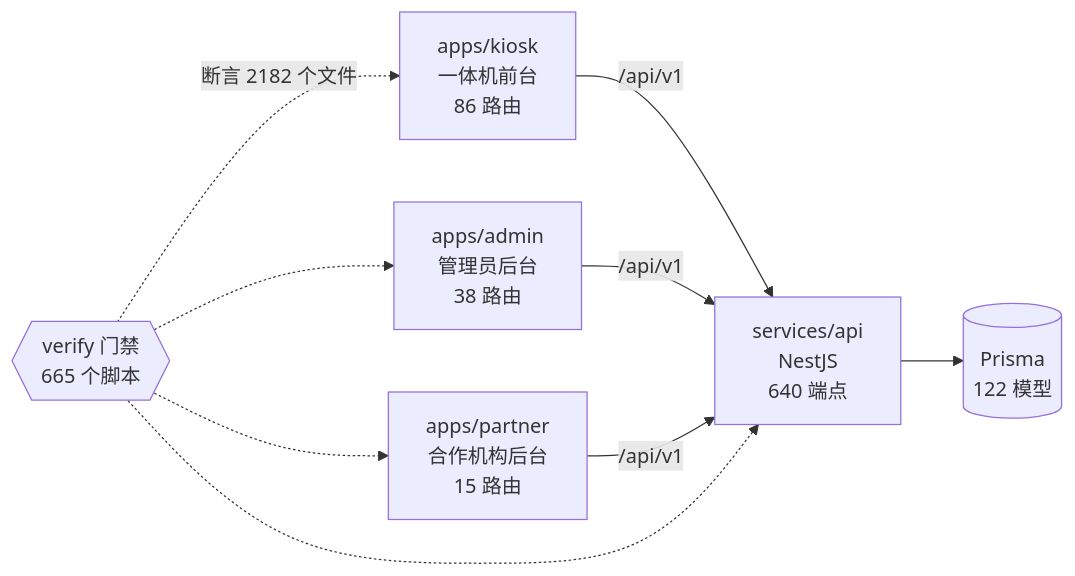
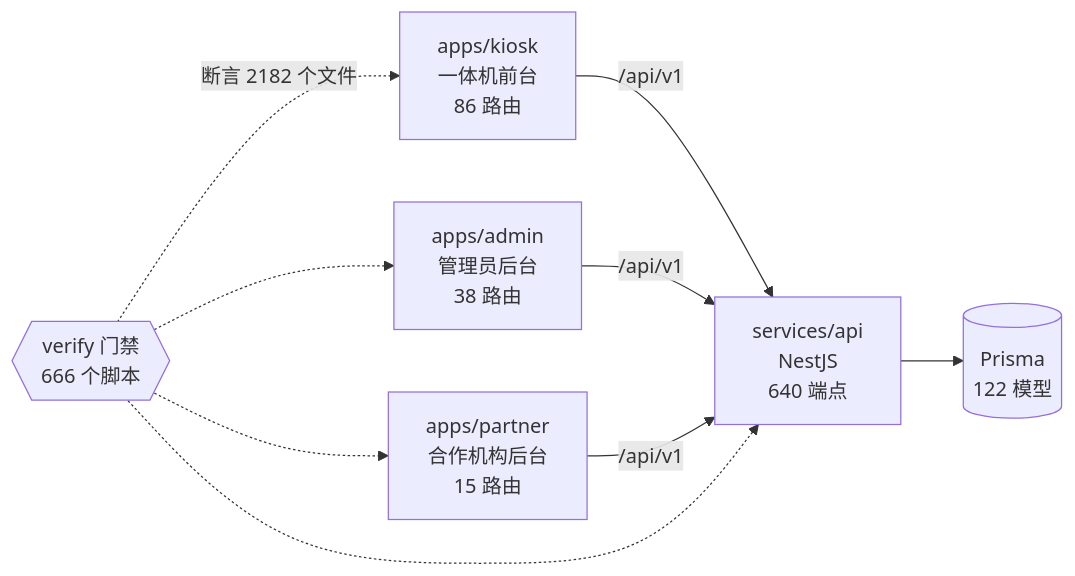
Before and after one commit to wanglei581/YITIJI: the diagram in docs/graph/README.md, drawn with Mermaid. The commit also changed other lines of this file and 2 other files, not shown here.

Commit message:
chore(graph)：登记打印可靠性走真实 HTTP 的用例后重生图谱

````diff
--- a/docs/graph/README.md
+++ b/docs/graph/README.md
@@ -68,18 +68,18 @@
 ```mermaid
 flowchart LR
   kiosk["apps/kiosk<br/>一体机前台<br/>86 路由"]
   admin["apps/admin<br/>管理员后台<br/>38 路由"]
   partner["apps/partner<br/>合作机构后台<br/>15 路由"]
   api["services/api<br/>NestJS<br/>640 端点"]
   db[("Prisma<br/>122 模型")]
-  gates{{"verify 门禁<br/>665 个脚本"}}
+  gates{{"verify 门禁<br/>666 个脚本"}}
 
   kiosk -->|"/api/v1"| api
   admin -->|"/api/v1"| api
   partner -->|"/api/v1"| api
   api --> db
   gates -.->|"断言 2182 个文件"| kiosk
   gates -.-> admin
   gates -.-> partner
   gates -.-> api
 ```
````
